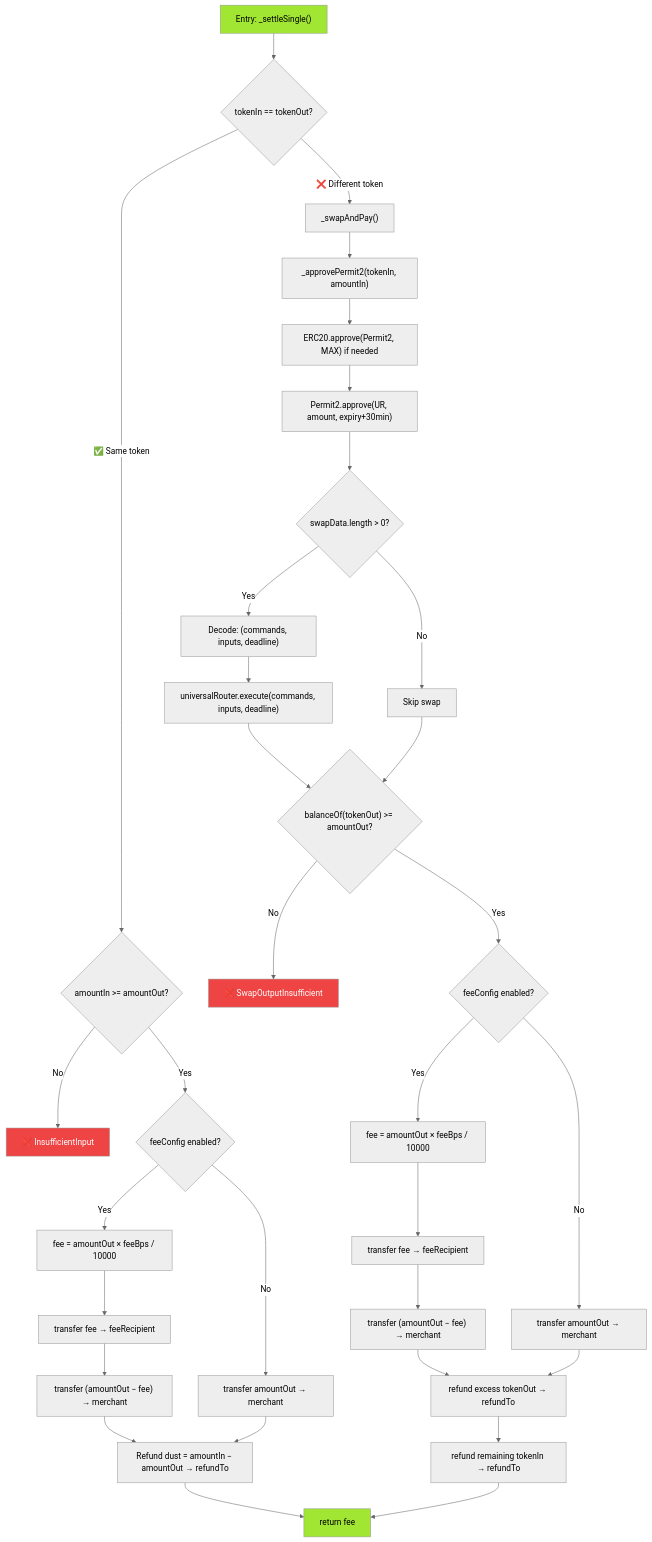
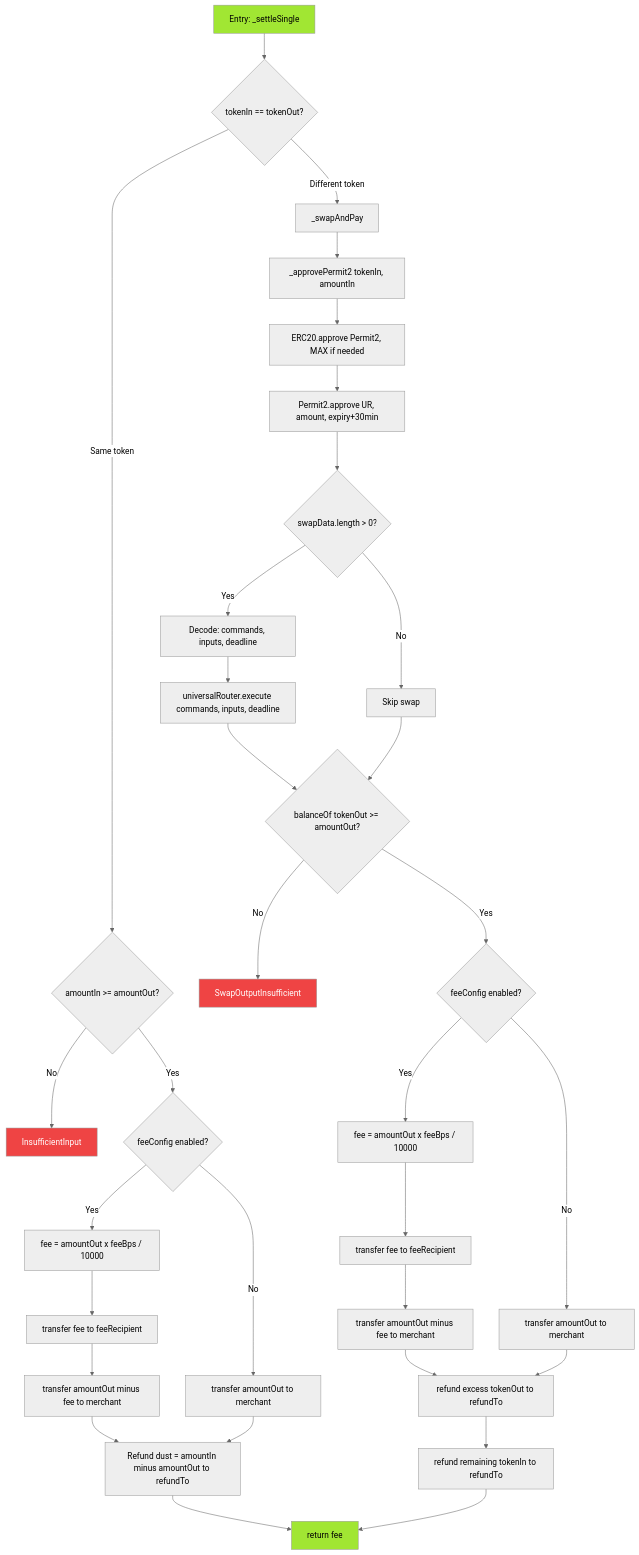
The fifth of 11 diagrams in docs/architecture.md (danelerr/htm-abipago), drawn with Mermaid (neutral theme) before and after one commit. The commit also changed other lines of this file, not shown here.

Commit message:
updsare diagram

````diff
--- a/docs/architecture.md
+++ b/docs/architecture.md
@@ -281,42 +281,42 @@
 ```mermaid
 flowchart TD
-    A["Entry: _settleSingle()"] --> B{tokenIn == tokenOut?}
+    A["Entry: _settleSingle"] --> B{tokenIn == tokenOut?}
 
-    B -->|"✅ Same token"| C{"amountIn >= amountOut?"}
-    C -->|"No"| ERR1["❌ InsufficientInput"]
+    B -->|"Same token"| C{"amountIn >= amountOut?"}
+    C -->|"No"| ERR1["InsufficientInput"]
     C -->|"Yes"| D{"feeConfig enabled?"}
-    D -->|"Yes"| D1["fee = amountOut × feeBps / 10000"]
-    D1 --> D2["transfer fee → feeRecipient"]
-    D2 --> E["transfer (amountOut − fee) → merchant"]
-    D -->|"No"| E2["transfer amountOut → merchant"]
-    E --> F["Refund dust = amountIn − amountOut → refundTo"]
+    D -->|"Yes"| D1["fee = amountOut x feeBps / 10000"]
+    D1 --> D2["transfer fee to feeRecipient"]
+    D2 --> E["transfer amountOut minus fee to merchant"]
+    D -->|"No"| E2["transfer amountOut to merchant"]
+    E --> F["Refund dust = amountIn minus amountOut to refundTo"]
     E2 --> F
 
-    B -->|"❌ Different token"| G["_swapAndPay()"]
-    G --> H["_approvePermit2(tokenIn, amountIn)"]
-    H --> H1["ERC20.approve(Permit2, MAX) if needed"]
-    H1 --> H2["Permit2.approve(UR, amount, expiry+30min)"]
+    B -->|"Different token"| G["_swapAndPay"]
+    G --> H["_approvePermit2 tokenIn, amountIn"]
+    H --> H1["ERC20.approve Permit2, MAX if needed"]
+    H1 --> H2["Permit2.approve UR, amount, expiry+30min"]
     H2 --> I{"swapData.length > 0?"}
-    I -->|"Yes"| J["Decode: (commands, inputs, deadline)"]
-    J --> K["universalRouter.execute(commands, inputs, deadline)"]
+    I -->|"Yes"| J["Decode: commands, inputs, deadline"]
+    J --> K["universalRouter.execute commands, inputs, deadline"]
     I -->|"No"| L["Skip swap"]
-    K --> M{"balanceOf(tokenOut) >= amountOut?"}
+    K --> M{"balanceOf tokenOut >= amountOut?"}
     L --> M
-    M -->|"No"| ERR2["❌ SwapOutputInsufficient"]
+    M -->|"No"| ERR2["SwapOutputInsufficient"]
     M -->|"Yes"| N{"feeConfig enabled?"}
-    N -->|"Yes"| N1["fee = amountOut × feeBps / 10000"]
-    N1 --> N2["transfer fee → feeRecipient"]
-    N2 --> O["transfer (amountOut − fee) → merchant"]
-    N -->|"No"| O2["transfer amountOut → merchant"]
-    O --> P["refund excess tokenOut → refundTo"]
+    N -->|"Yes"| N1["fee = amountOut x feeBps / 10000"]
+    N1 --> N2["transfer fee to feeRecipient"]
+    N2 --> O["transfer amountOut minus fee to merchant"]
+    N -->|"No"| O2["transfer amountOut to merchant"]
+    O --> P["refund excess tokenOut to refundTo"]
     O2 --> P
-    P --> Q["refund remaining tokenIn → refundTo"]
+    P --> Q["refund remaining tokenIn to refundTo"]
 
     F --> R["return fee"]
     Q --> R
 
     style A fill:#A1E633,color:#000
     style R fill:#A1E633,color:#000
     style ERR1 fill:#EF4444,color:#fff
     style ERR2 fill:#EF4444,color:#fff
 ```
````
